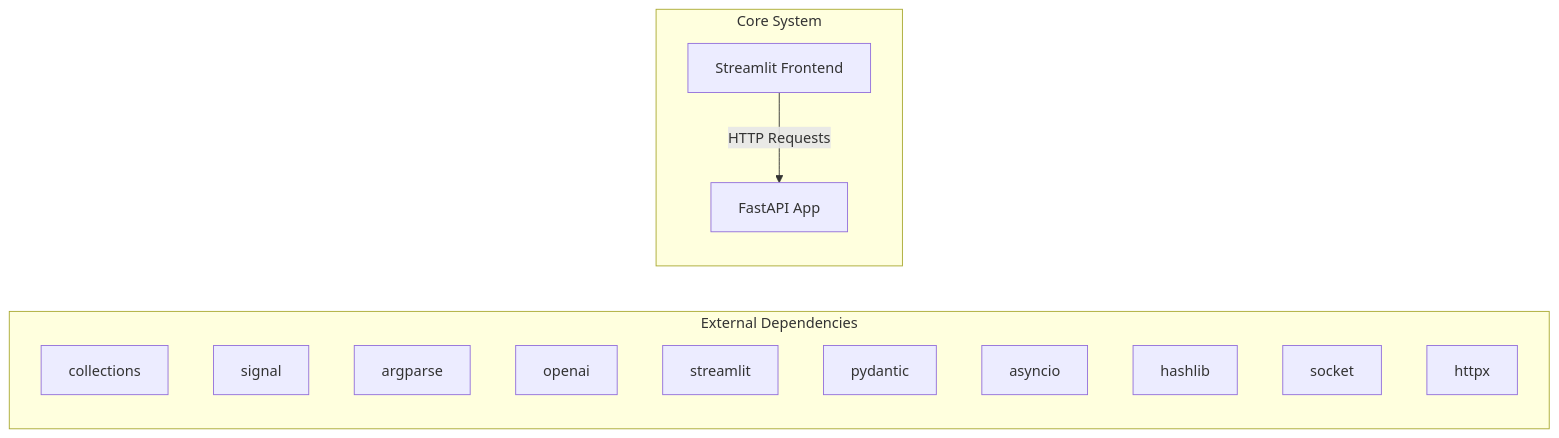
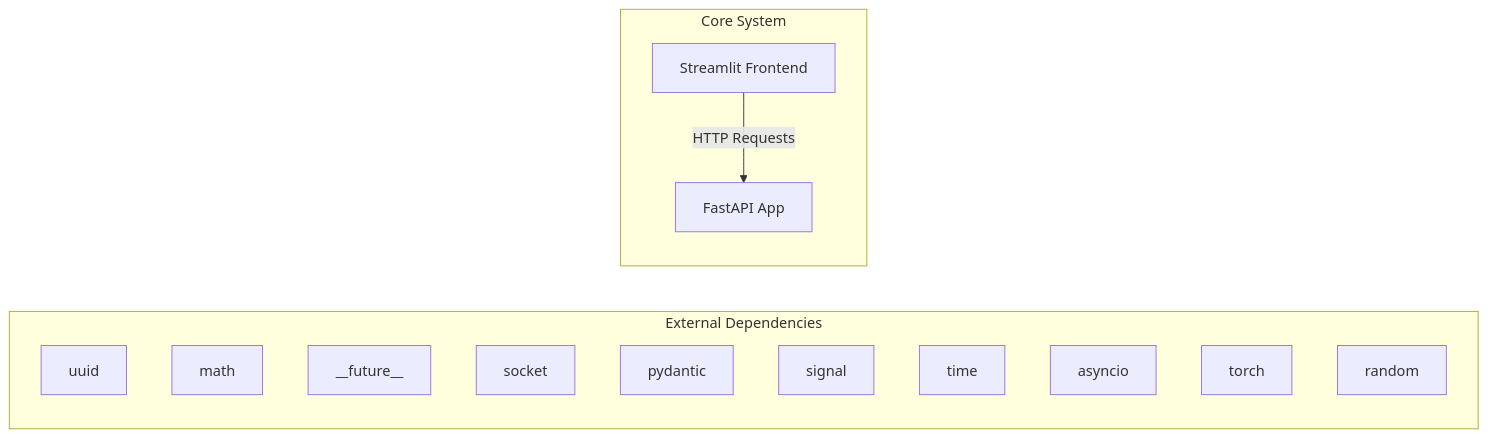
One commit to NITISH-R-G/rag-context-optimizer changed the first of 2 diagrams in docs/architecture.md. Above: the diagram before and after it, drawn with Mermaid. The commit also changed 1 other file, not shown here.

Commit message:
docs: auto-update repository knowledge, architecture diagrams, and documentation

````diff
--- a/docs/architecture.md
+++ b/docs/architecture.md
@@ -7,20 +7,20 @@
 ```mermaid
 graph LR
     subgraph External Dependencies
-        E0["collections"]
-        E1["signal"]
-        E2["argparse"]
-        E3["openai"]
-        E4["streamlit"]
-        E5["pydantic"]
-        E6["asyncio"]
-        E7["hashlib"]
-        E8["socket"]
-        E9["httpx"]
+        E0["uuid"]
+        E1["math"]
+        E2["__future__"]
+        E3["socket"]
+        E4["pydantic"]
+        E5["signal"]
+        E6["time"]
+        E7["asyncio"]
+        E8["torch"]
+        E9["random"]
     end
     subgraph Core System
         API["FastAPI App"]
         UI["Streamlit Frontend"]
     end
     UI -->|HTTP Requests| API
 ```
````
